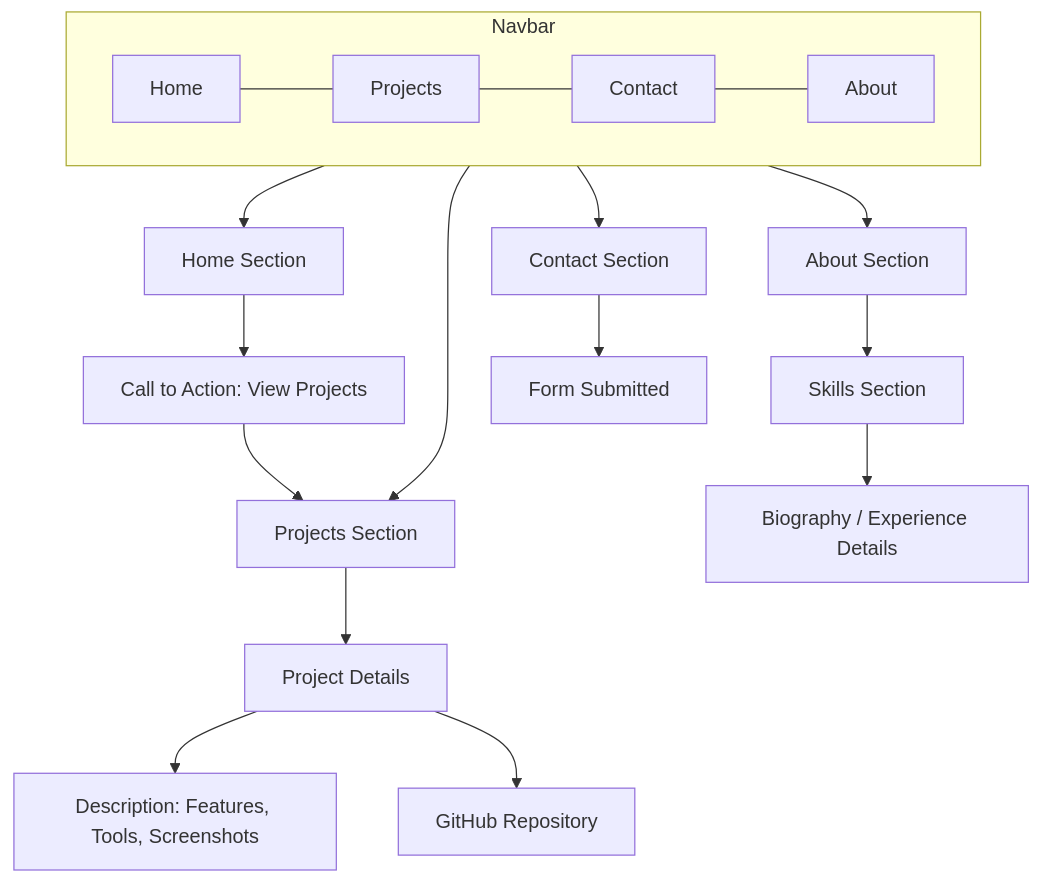
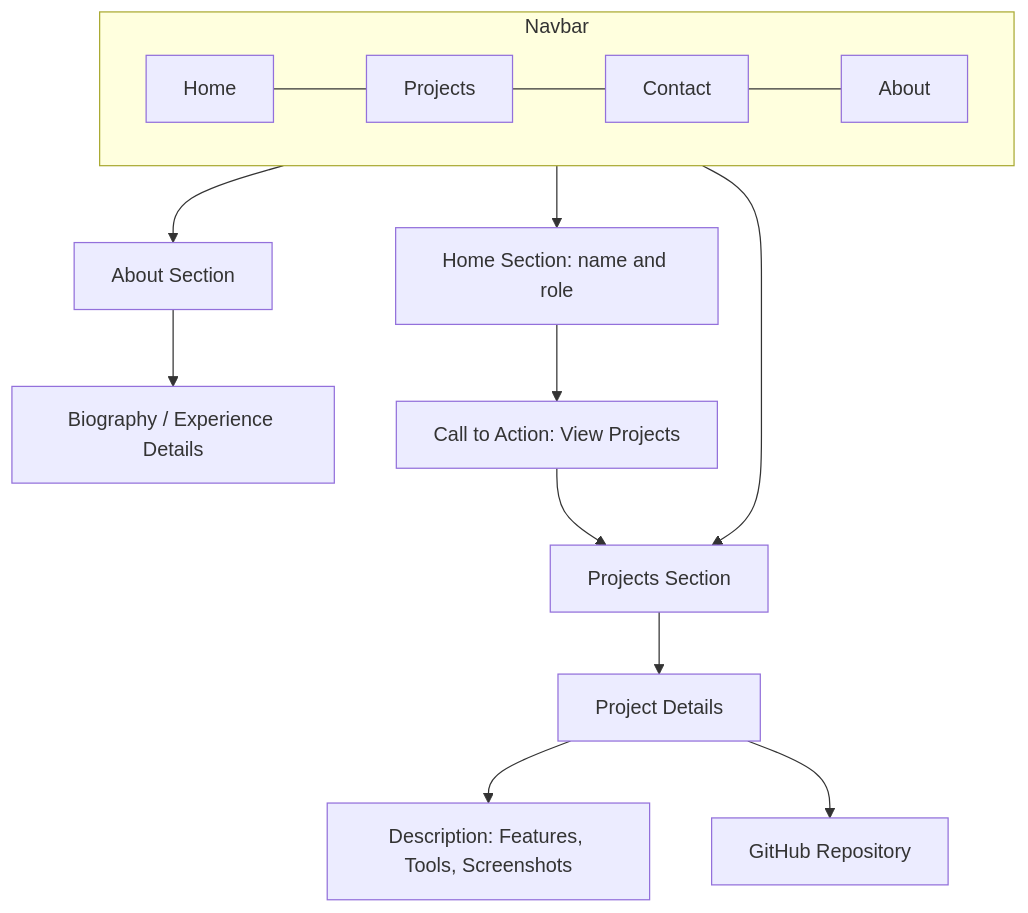
One commit to Adnane-x87/portfolio changed the diagram in Conception/Conception.mmd. Above: the diagram before and after it, drawn with Mermaid. The commit also changed 3 other files, not shown here.

```diff
--- a/Conception/Conception.mmd
+++ b/Conception/Conception.mmd
@@ -1,44 +1,38 @@
 flowchart TD
   %% Navbar
   subgraph NAV["Navbar"]
     direction LR
     HomeBtn[Home] --- ProjectsBtn[Projects] --- ContactBtn[Contact] --- AboutBtn[About]
   end
 
   %% Sections in single page
-  HomeSection[Home Section]
+  HomeSection["Home Section: name and role"]
   ProjectsSection[Projects Section]
   AboutSection[About Section]
-  SkillsSection[Skills Section]
   Bio[Biography / Experience Details]
-  ContactSection[Contact Section]
 
   %% Projects details
   ProjectDetails[Project Details]
   Desc[Description: Features, Tools, Screenshots]
   GitHubLink[GitHub Repository]
 
   %% CTA
   CTA[Call to Action: View Projects]
 
   %% Navbar connections
   HomeBtn --> HomeSection
   ProjectsBtn --> ProjectsSection
   AboutBtn --> AboutSection
-  ContactBtn --> ContactSection
+  ContactBtn 
 
   %% Home structure
   HomeSection --> CTA
   CTA --> ProjectsSection
 
   %% Projects structure
   ProjectsSection --> ProjectDetails
   ProjectDetails --> Desc
   ProjectDetails --> GitHubLink
 
   %% About structure
-  AboutSection --> SkillsSection
-  SkillsSection --> Bio
-
-  %% Contact
-  ContactSection --> FormSubmitted[Form Submitted]
+  AboutSection --> Bio
```
